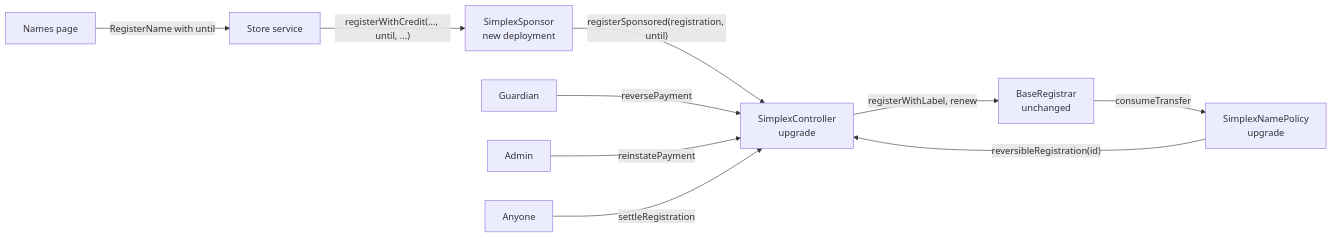
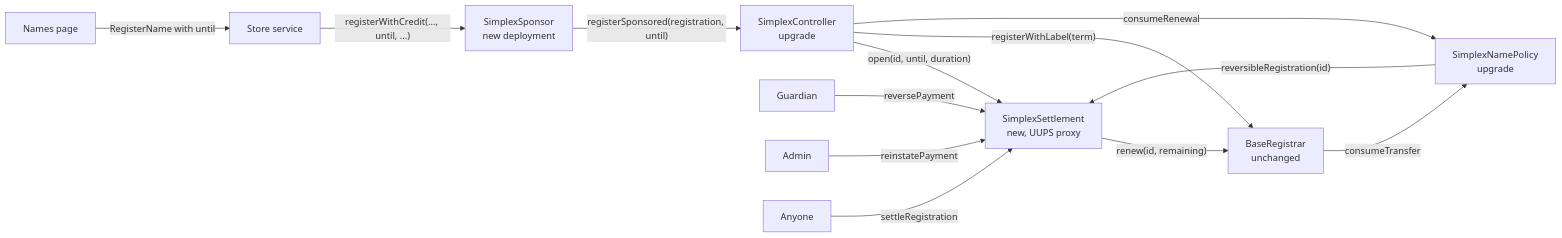
The third of 4 diagrams in docs/plans/payment-reversal.md (brenzi-agent/simplex-namespace-contract), drawn with Mermaid before and after one commit. The commit also changed other lines of this file, not shown here.

Commit message:
docs: settlement contract, final reinstatement and public data in the plan

````diff
--- a/docs/plans/payment-reversal.md
+++ b/docs/plans/payment-reversal.md
@@ -172,12 +185,15 @@
 ```mermaid
 flowchart LR
   page["Names page"] -->|"RegisterName with until"| service["Store service"]
   service -->|"registerWithCredit(..., until, ...)"| sponsor["SimplexSponsor<br/>new deployment"]
   sponsor -->|"registerSponsored(registration, until)"| controller["SimplexController<br/>upgrade"]
-  guardian["Guardian"] -->|"reversePayment"| controller
-  admin["Admin"] -->|"reinstatePayment"| controller
-  anyone["Anyone"] -->|"settleRegistration"| controller
-  controller -->|"registerWithLabel, renew"| registrar["BaseRegistrar<br/>unchanged"]
+  controller -->|"open(id, until, duration)"| settlement["SimplexSettlement<br/>new, UUPS proxy"]
+  controller -->|"registerWithLabel(term)"| registrar["BaseRegistrar<br/>unchanged"]
+  guardian["Guardian"] -->|"reversePayment"| settlement
+  admin["Admin"] -->|"reinstatePayment"| settlement
+  anyone["Anyone"] -->|"settleRegistration"| settlement
+  settlement -->|"renew(id, remaining)"| registrar
   registrar -->|"consumeTransfer"| policy["SimplexNamePolicy<br/>upgrade"]
-  policy -->|"reversibleRegistration(id)"| controller
+  controller -->|"consumeRenewal"| policy
+  policy -->|"reversibleRegistration(id)"| settlement
 ```
````
